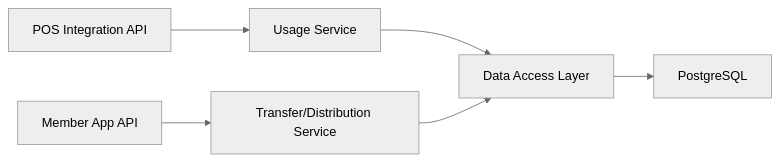
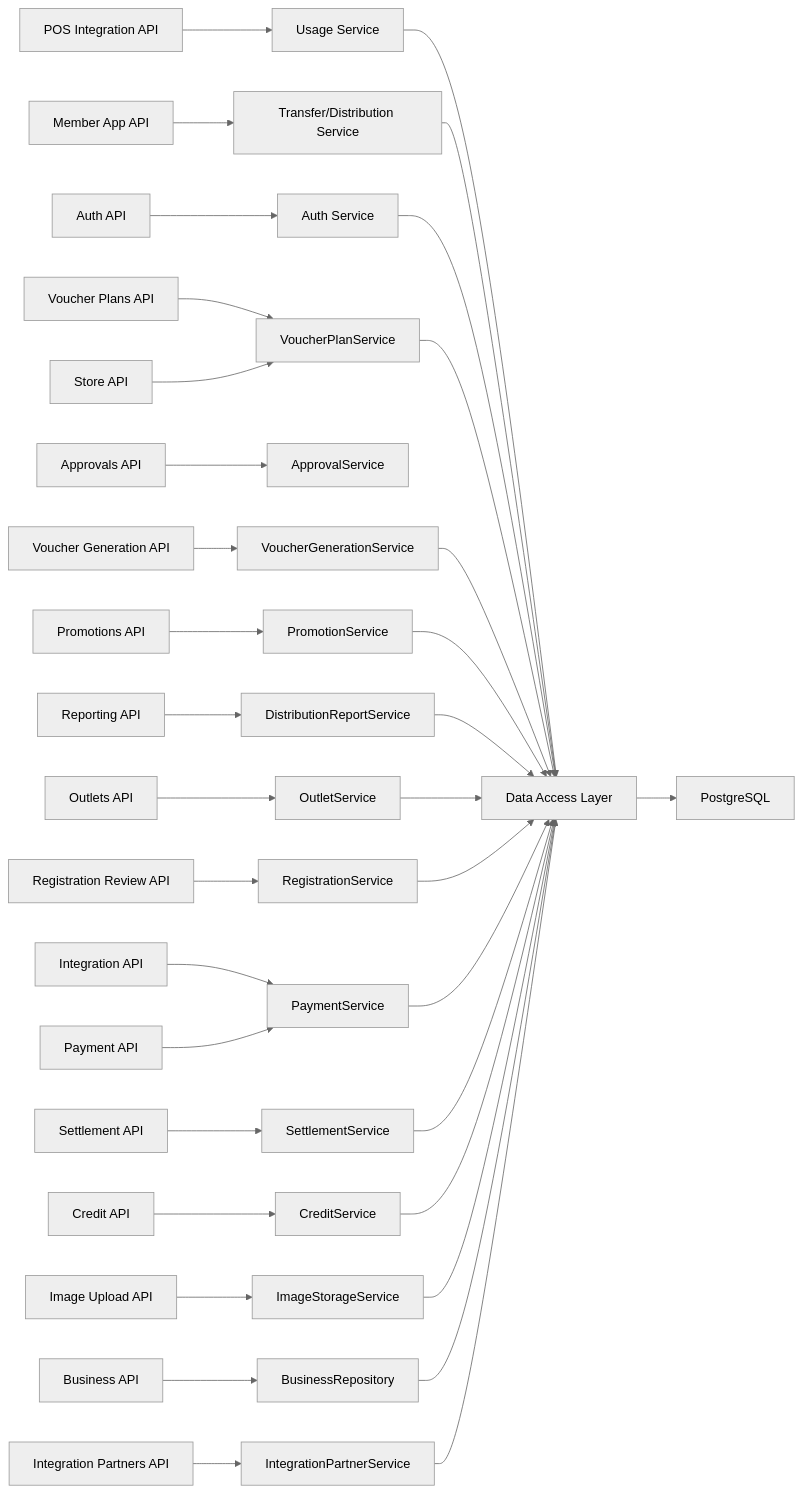
Before and after one commit to lamhongbac/NonCash: the sixth of 6 diagrams in .qoder/repowiki/en/content/API Contracts and Integration/API Contracts and Integration.md, drawn with Mermaid (neutral theme). The commit also changed other lines of this file and 13 other files, not shown here.

````diff
--- a/.qoder/repowiki/en/content/API Contracts and Integration/API Contracts and Integration.md
+++ b/.qoder/repowiki/en/content/API Contracts and Integration/API Contracts and Integration.md
@@ -245,8 +736,37 @@
 ```mermaid
 graph LR
 POS["POS Integration API"] --> USVC["Usage Service"]
 MEM["Member App API"] --> TSVC["Transfer/Distribution Service"]
+AUTH["Auth API"] --> ASVC["Auth Service"]
+PLANS["Voucher Plans API"] --> PSVC["VoucherPlanService"]
+APPROVALS["Approvals API"] --> ASVC2["ApprovalService"]
+GEN["Voucher Generation API"] --> GENSVC["VoucherGenerationService"]
+PROMO["Promotions API"] --> PROMOSVC["PromotionService"]
+REPORTS["Reporting API"] --> RSVC["DistributionReportService"]
+STORE["Store API"] --> PSVC
+OUTLETS["Outlets API"] --> OSVC["OutletService"]
+REG["Registration Review API"] --> RSVC2["RegistrationService"]
+INTEGRATION["Integration API"] --> PSVC2["PromotionService"]
+SETTLEMENT["Settlement API"] --> SSVC["SettlementService"]
+CREDITS["Credit API"] --> CSVC["CreditService"]
+PAYMENTS["Payment API"] --> PSVC2["PaymentService"]
+UPLOAD["Image Upload API"] --> ISVC["ImageStorageService"]
+BUSINESS["Business API"] --> BR["BusinessRepository"]
+IPARTNERS["Integration Partners API"] --> IPSVC["IntegrationPartnerService"]
 USVC --> DAL["Data Access Layer"]
 TSVC --> DAL
+ASVC --> DAL
+PSVC --> DAL
+GENSVC --> DAL
+PROMOSVC --> DAL
+RSVC --> DAL
+OSVC --> DAL
+RSVC2 --> DAL
+PSVC2 --> DAL
+SSVC --> DAL
+CSVC --> DAL
+ISVC --> DAL
+BR --> DAL
+IPSVC --> DAL
 DAL --> DB["PostgreSQL"]
 ```
````
